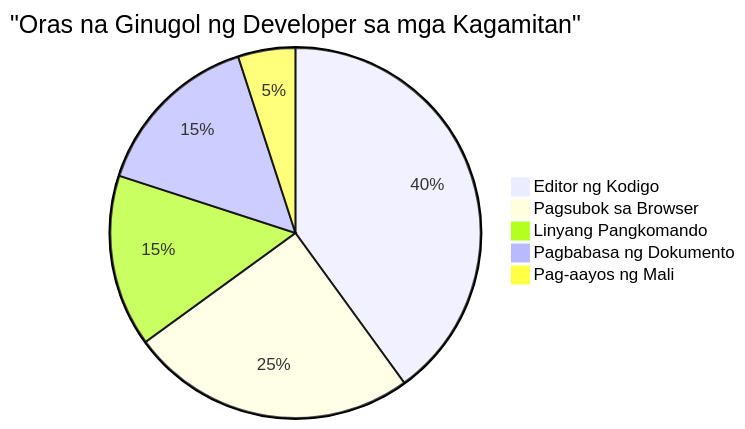
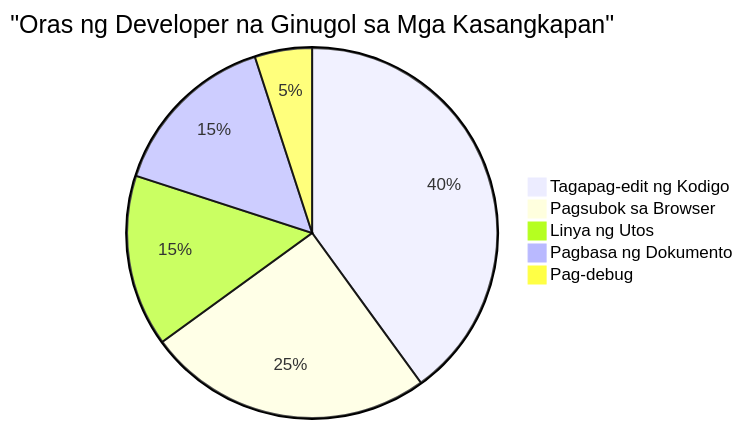
The sixth of 7 diagrams in translations/tl/1-getting-started-lessons/1-intro-to-programming-languages/README.md (microsoft/Web-Dev-For-Beginners), drawn with Mermaid before and after one commit. The commit also changed other lines of this file and 8 other files, not shown here.

````diff
--- a/translations/tl/1-getting-started-lessons/1-intro-to-programming-languages/README.md
+++ b/translations/tl/1-getting-started-lessons/1-intro-to-programming-languages/README.md
@@ -709,8 +709,8 @@
 ```mermaid
-pie title "Oras na Ginugol ng Developer sa mga Kagamitan"
-    "Editor ng Kodigo" : 40
+pie title "Oras ng Developer na Ginugol sa Mga Kasangkapan"
+    "Tagapag-edit ng Kodigo" : 40
     "Pagsubok sa Browser" : 25
-    "Linyang Pangkomando" : 15
-    "Pagbabasa ng Dokumento" : 15
-    "Pag-aayos ng Mali" : 5
+    "Linya ng Utos" : 15
+    "Pagbasa ng Dokumento" : 15
+    "Pag-debug" : 5
 ```
````
